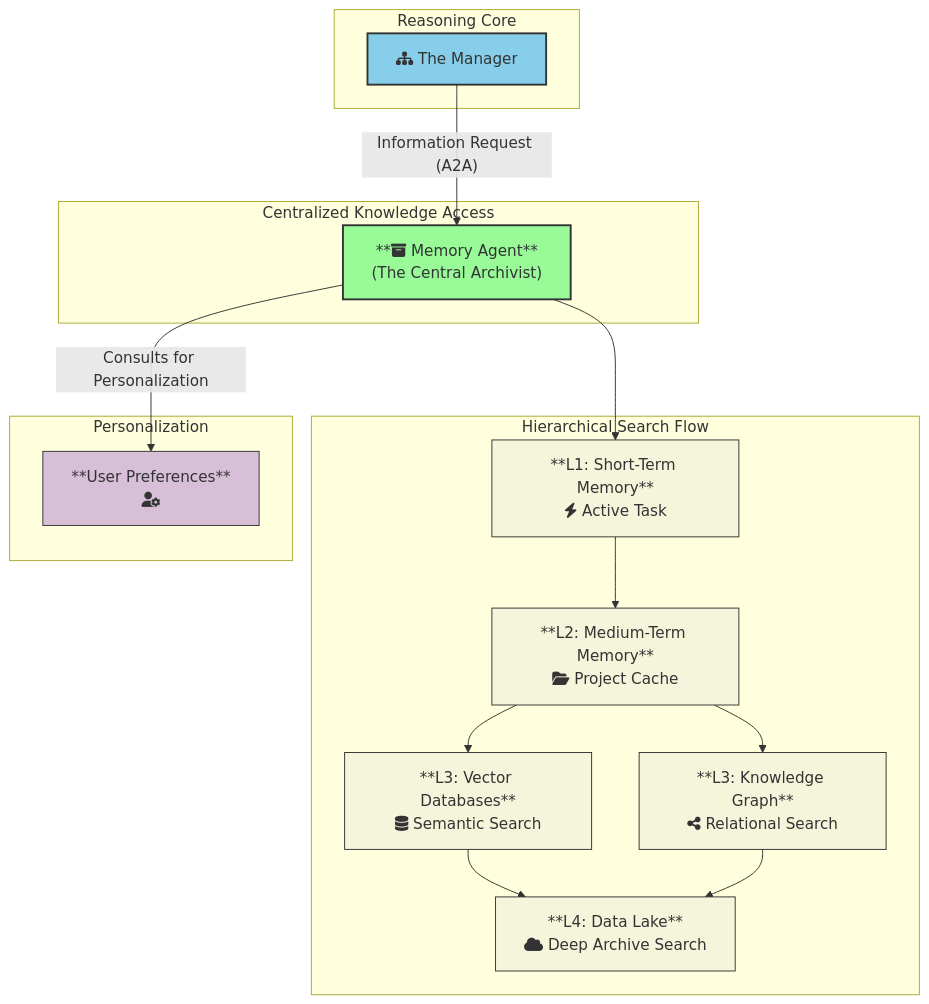
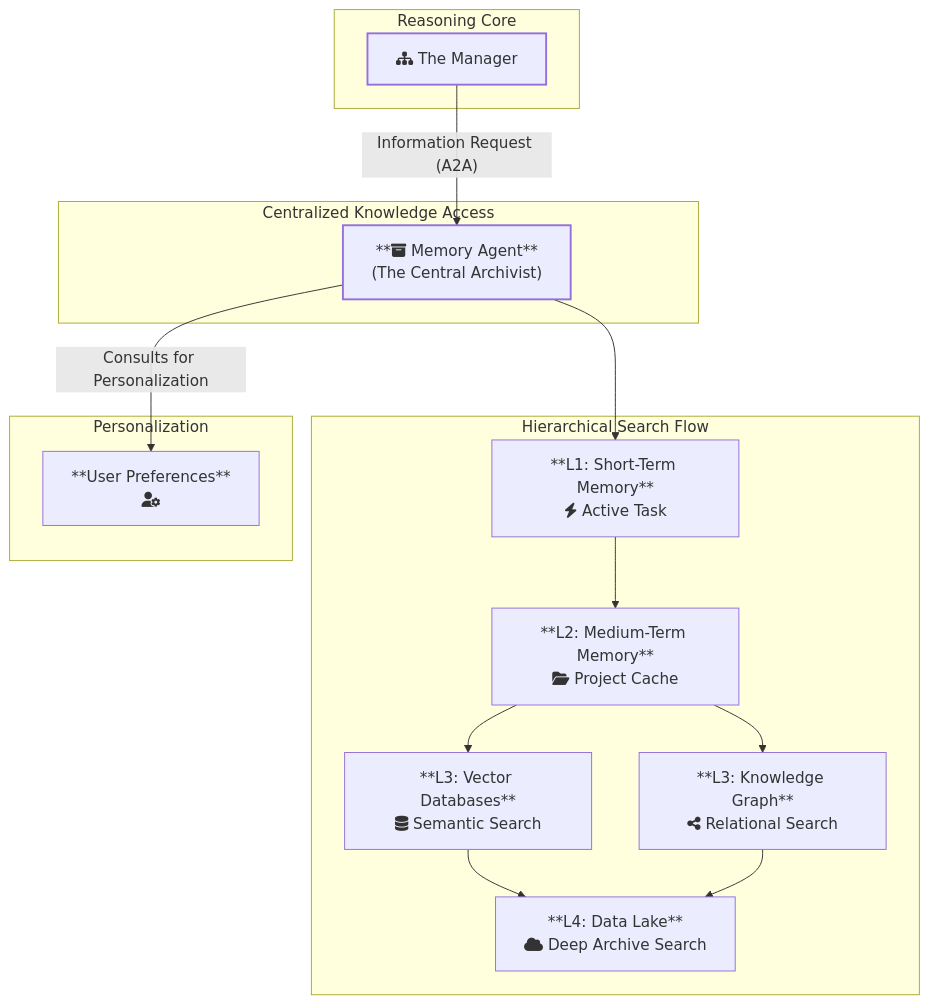
One commit to halmousama/OAC changed the second of 3 diagrams in PAPER-EN.md. Above: the diagram before and after it, drawn with Mermaid. The commit also changed other lines of this file and 5 other files, not shown here.

Commit message:
Enhance the diagrams colors.

````diff
--- a/PAPER-EN.md
+++ b/PAPER-EN.md
@@ -60,43 +60,43 @@
 ```mermaid
 graph TD
     subgraph "Reasoning Core"
         M["fa:fa-sitemap The Manager"]
     end
 
     subgraph "Centralized Knowledge Access"
         MA["**fa:fa-archive Memory Agent**<br/>(The Central Archivist)"]
     end
     
     M -- "Information Request (A2A)" --> MA
 
     subgraph "Hierarchical Search Flow"
         L1["**L1: Short-Term Memory**<br/>fa:fa-bolt Active Task"]
         L2["**L2: Medium-Term Memory**<br/>fa:fa-folder-open Project Cache"]
         L3_VDBs["**L3: Vector Databases**<br/>fa:fa-database Semantic Search"]
         L3_KG["**L3: Knowledge Graph**<br/>fa:fa-share-alt Relational Search"]
         L4["**L4: Data Lake**<br/>fa:fa-cloud Deep Archive Search"]
     end
     
     subgraph "Personalization"
         UPM["**User Preferences**<br/>fa:fa-user-cog"]
     end
 
     MA --> L1
     L1 --> L2
     L2 --> L3_VDBs
     L2 --> L3_KG
     L3_VDBs --> L4
     L3_KG --> L4
     
     MA -- "Consults for Personalization" --> UPM
 
-    classDef manager fill:#87CEEB,stroke:#333,stroke-width:2px;
-    classDef memory_agent fill:#98FB98,stroke:#333,stroke-width:2px;
-    classDef memory_layer fill:#F5F5DC,stroke:#333,stroke-width:1px;
-    classDef personalization fill:#D8BFD8,stroke:#333,stroke-width:1px;
+    classDef manager stroke-width:2px;
+    classDef memory_agent stroke-width:2px;
+    classDef memory_layer stroke-width:1px;
+    classDef personalization stroke-width:1px;
 
     class M manager;
     class MA memory_agent;
     class L1,L2,L3_VDBs,L3_KG,L4 memory_layer;
     class UPM personalization;
 ```
````
